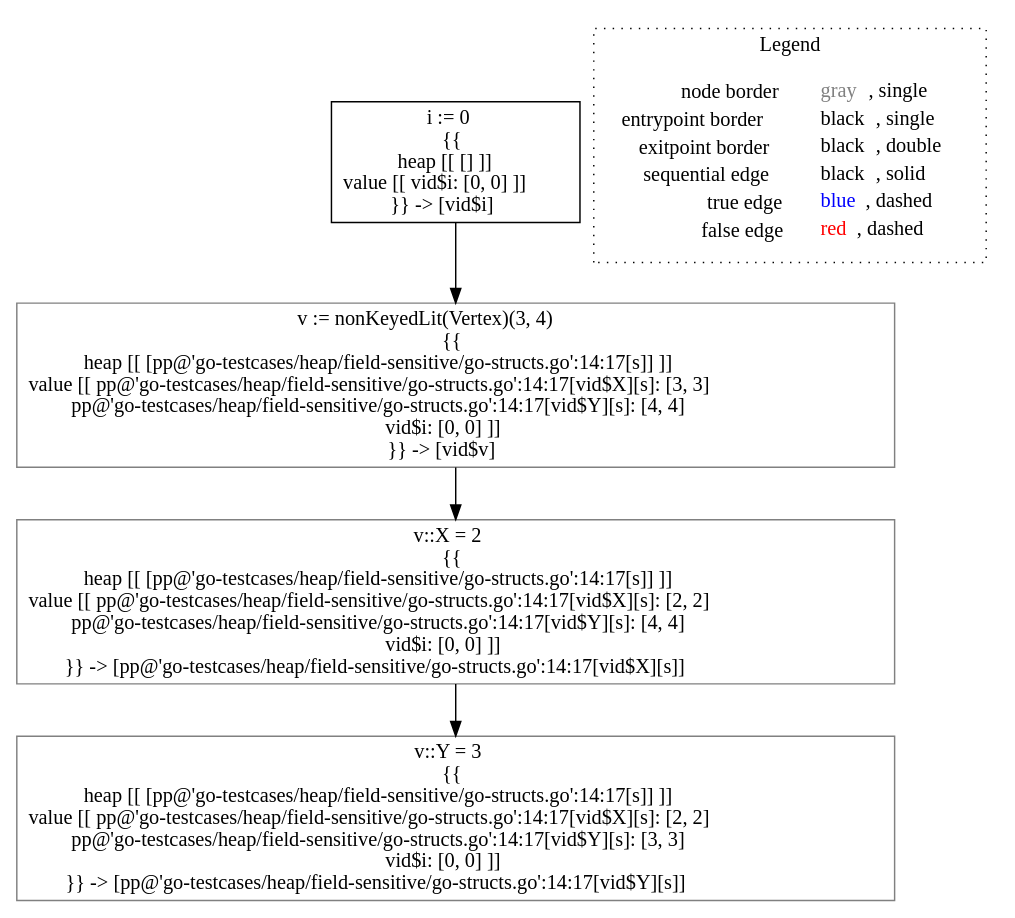
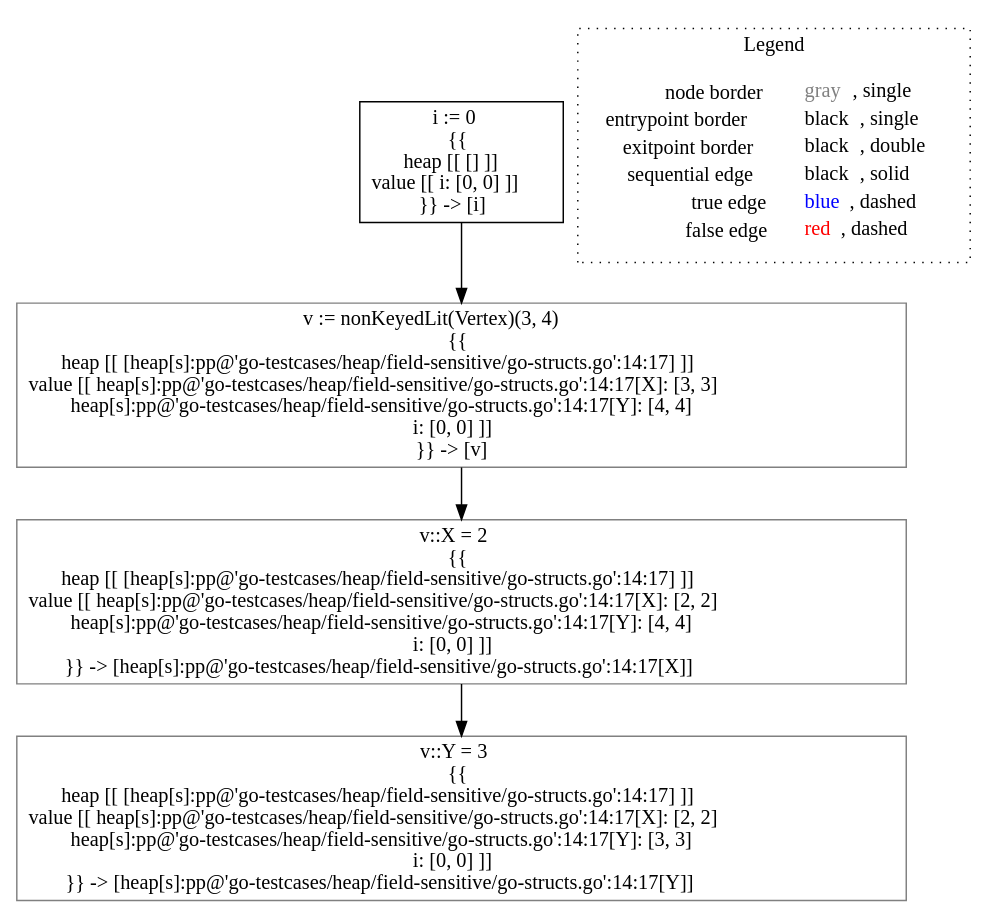
Before and after one commit to lisa-analyzer/go-lisa: the diagram in go-lisa/go-testcases/heap/field-sensitive/analysis___untyped_~LiSAProgram.main().dot, drawn with Graphviz. The commit also changed 11 other files, not shown here.

```diff
--- a/go-lisa/go-testcases/heap/field-sensitive/analysis___untyped_~LiSAProgram.main().dot
+++ b/go-lisa/go-testcases/heap/field-sensitive/analysis___untyped_~LiSAProgram.main().dot
@@ -1,16 +1,16 @@
 digraph {
-	"node0" [shape="rect",color="black",label=<i := 0<BR/>{{<BR/>heap [[ [] ]]<BR/>value [[ vid$i: [0, 0] ]]<BR/>}} -&gt; [vid$i]>];
-	"node1" [shape="rect",color="gray",label=<v::Y = 3<BR/>{{<BR/>heap [[ [pp@'go-testcases/heap/field-sensitive/go-structs.go':14:17[s]] ]]<BR/>value [[ pp@'go-testcases/heap/field-sensitive/go-structs.go':14:17[vid$X][s]: [2, 2]<BR/>pp@'go-testcases/heap/field-sensitive/go-structs.go':14:17[vid$Y][s]: [3, 3]<BR/>vid$i: [0, 0] ]]<BR/>}} -&gt; [pp@'go-testcases/heap/field-sensitive/go-structs.go':14:17[vid$Y][s]]>];
-	"node2" [shape="rect",color="gray",label=<v := nonKeyedLit(Vertex)(3, 4)<BR/>{{<BR/>heap [[ [pp@'go-testcases/heap/field-sensitive/go-structs.go':14:17[s]] ]]<BR/>value [[ pp@'go-testcases/heap/field-sensitive/go-structs.go':14:17[vid$X][s]: [3, 3]<BR/>pp@'go-testcases/heap/field-sensitive/go-structs.go':14:17[vid$Y][s]: [4, 4]<BR/>vid$i: [0, 0] ]]<BR/>}} -&gt; [vid$v]>];
-	"node3" [shape="rect",color="gray",label=<v::X = 2<BR/>{{<BR/>heap [[ [pp@'go-testcases/heap/field-sensitive/go-structs.go':14:17[s]] ]]<BR/>value [[ pp@'go-testcases/heap/field-sensitive/go-structs.go':14:17[vid$X][s]: [2, 2]<BR/>pp@'go-testcases/heap/field-sensitive/go-structs.go':14:17[vid$Y][s]: [4, 4]<BR/>vid$i: [0, 0] ]]<BR/>}} -&gt; [pp@'go-testcases/heap/field-sensitive/go-structs.go':14:17[vid$X][s]]>];
-	"node0" -> "node2" [color="black"];
-	"node2" -> "node3" [color="black"];
-	"node3" -> "node1" [color="black"];
+	"node0" [shape="rect",color="black",label=<i := 0<BR/>{{<BR/>heap [[ [] ]]<BR/>value [[ i: [0, 0] ]]<BR/>}} -&gt; [i]>];
+	"node1" [shape="rect",color="gray",label=<v := nonKeyedLit(Vertex)(3, 4)<BR/>{{<BR/>heap [[ [heap[s]:pp@'go-testcases/heap/field-sensitive/go-structs.go':14:17] ]]<BR/>value [[ heap[s]:pp@'go-testcases/heap/field-sensitive/go-structs.go':14:17[X]: [3, 3]<BR/>heap[s]:pp@'go-testcases/heap/field-sensitive/go-structs.go':14:17[Y]: [4, 4]<BR/>i: [0, 0] ]]<BR/>}} -&gt; [v]>];
+	"node2" [shape="rect",color="gray",label=<v::Y = 3<BR/>{{<BR/>heap [[ [heap[s]:pp@'go-testcases/heap/field-sensitive/go-structs.go':14:17] ]]<BR/>value [[ heap[s]:pp@'go-testcases/heap/field-sensitive/go-structs.go':14:17[X]: [2, 2]<BR/>heap[s]:pp@'go-testcases/heap/field-sensitive/go-structs.go':14:17[Y]: [3, 3]<BR/>i: [0, 0] ]]<BR/>}} -&gt; [heap[s]:pp@'go-testcases/heap/field-sensitive/go-structs.go':14:17[Y]]>];
+	"node3" [shape="rect",color="gray",label=<v::X = 2<BR/>{{<BR/>heap [[ [heap[s]:pp@'go-testcases/heap/field-sensitive/go-structs.go':14:17] ]]<BR/>value [[ heap[s]:pp@'go-testcases/heap/field-sensitive/go-structs.go':14:17[X]: [2, 2]<BR/>heap[s]:pp@'go-testcases/heap/field-sensitive/go-structs.go':14:17[Y]: [4, 4]<BR/>i: [0, 0] ]]<BR/>}} -&gt; [heap[s]:pp@'go-testcases/heap/field-sensitive/go-structs.go':14:17[X]]>];
+	"node1" -> "node3" [color="black"];
+	"node0" -> "node1" [color="black"];
+	"node3" -> "node2" [color="black"];
 subgraph cluster_legend {
 	label="Legend";
 	style=dotted;
 	node [shape=plaintext];
 	"legend" [label=<<table border="0" cellpadding="2" cellspacing="0" cellborder="0"><tr><td align="right">node border&nbsp;</td><td align="left"><font color="gray">gray</font>, single</td></tr><tr><td align="right">entrypoint border&nbsp;</td><td align="left"><font color="black">black</font>, single</td></tr><tr><td align="right">exitpoint border&nbsp;</td><td align="left"><font color="black">black</font>, double</td></tr><tr><td align="right">sequential edge&nbsp;</td><td align="left"><font color="black">black</font>, solid</td></tr><tr><td align="right">true edge&nbsp;</td><td align="left"><font color="blue">blue</font>, dashed</td></tr><tr><td align="right">false edge&nbsp;</td><td align="left"><font color="red">red</font>, dashed</td></tr></table>>];
 }
 
 }
```
